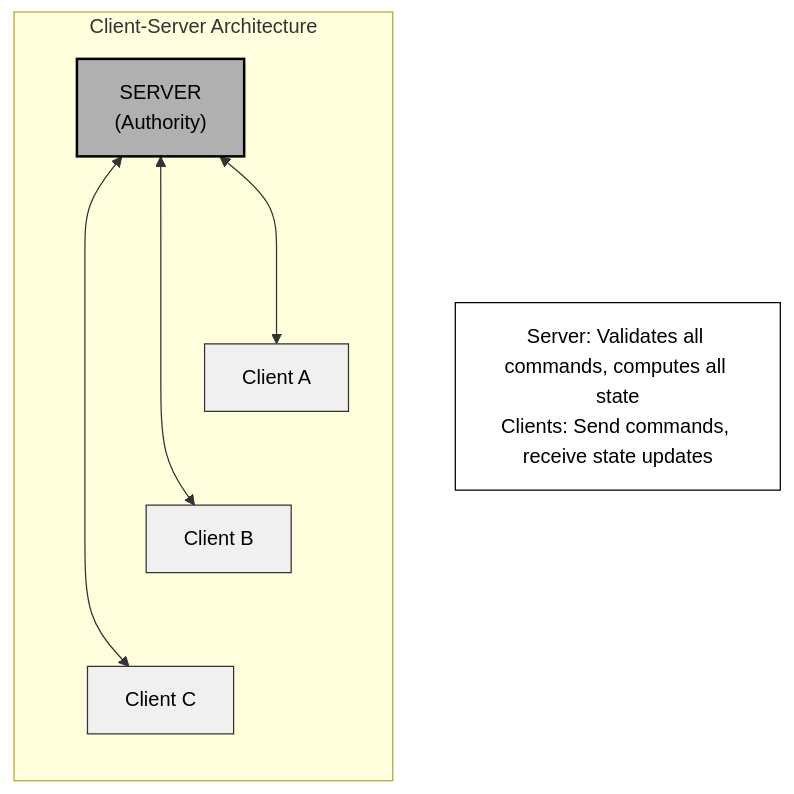
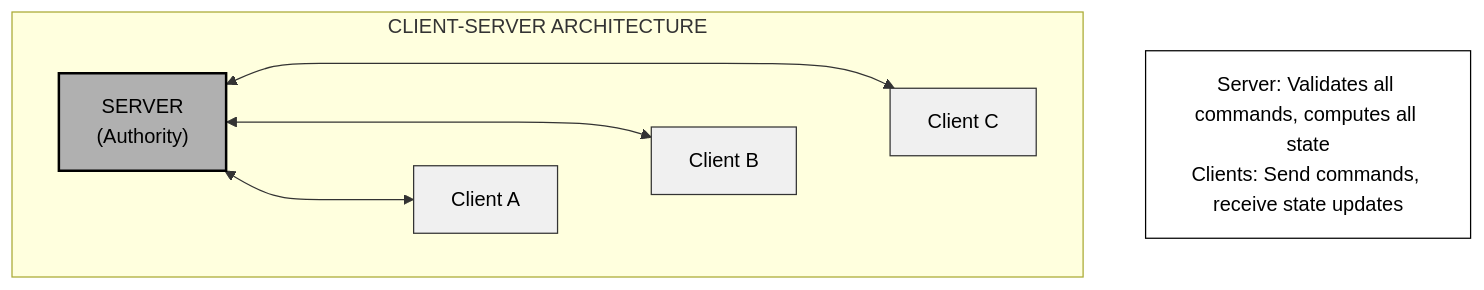
The second of 7 diagrams in chapter_15_multiplayer.md (jukofyork/close-combat-architecture-study), drawn with Mermaid before and after one commit. The commit also changed other lines of this file and 8 other files, not shown here.

````diff
--- a/chapter_15_multiplayer.md
+++ b/chapter_15_multiplayer.md
@@ -435,28 +434,27 @@
 ```mermaid
 flowchart TB
     classDef default fill:#fff,stroke:#000,stroke-width:1px,color:#000
     classDef light fill:#f0f0f0,stroke:#333,stroke-width:1px,color:#000
     classDef medium fill:#d0d0d0,stroke:#333,stroke-width:1px,color:#000
     classDef dark fill:#b0b0b0,stroke:#000,stroke-width:2px,color:#000
 
-    subgraph CS["Client-Server Architecture"]
-        direction TB
+    subgraph CS["CLIENT-SERVER ARCHITECTURE"]
 
         Server["SERVER\n(Authority)"]
 
         ClientA["Client A"]
         ClientB["Client B"]
         ClientC["Client C"]
 
         Server <---> ClientA
         Server <---> ClientB
         Server <---> ClientC
 
         ClientA ~~~ ClientB ~~~ ClientC
     end
 
     Note["Server: Validates all commands, computes all state\nClients: Send commands, receive state updates"]
 
     class Server dark
     class ClientA,ClientB,ClientC light
 ```
````
